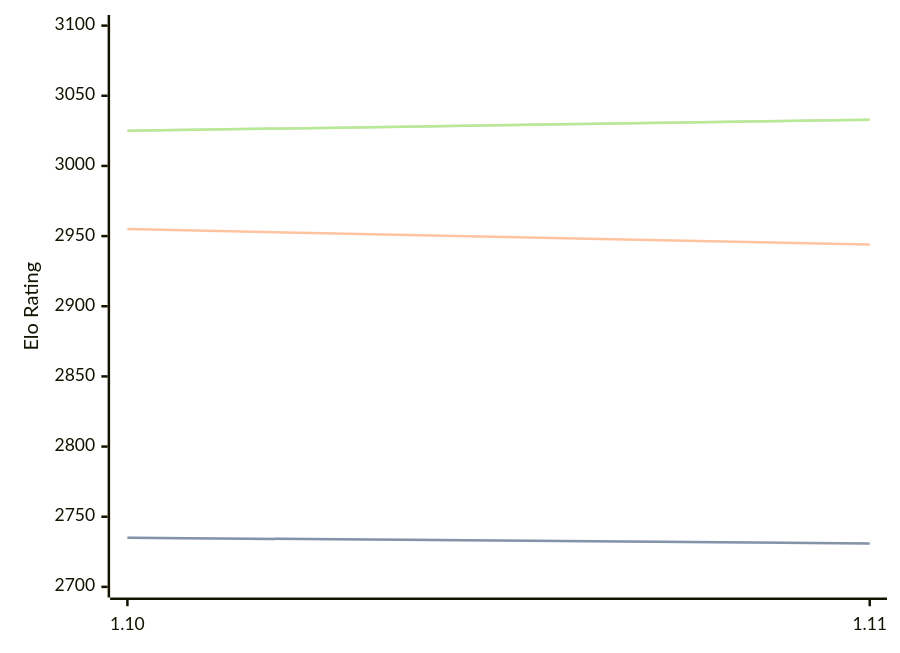
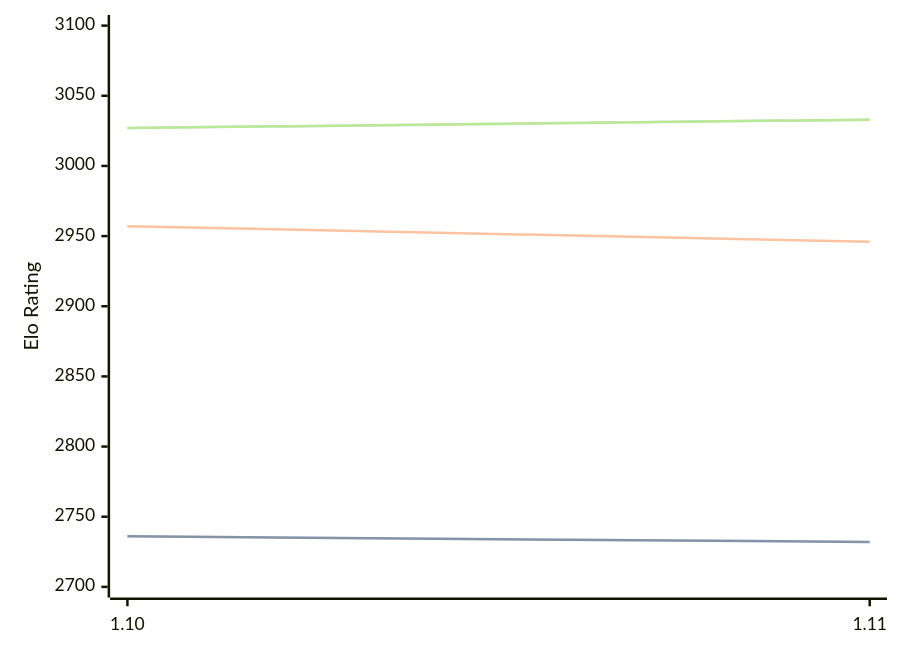
The diagram in engines/Roc.md (computer-chess-index/cci), drawn with Mermaid before and after one commit. The commit also changed other lines of this file, not shown here.

Commit message:
Update CCI Ratings (ELO VLTC) - 2026-08-26

````diff
--- a/engines/Roc.md
+++ b/engines/Roc.md
@@ -42,11 +42,11 @@
 ```mermaid
 %%{init: {"theme":"base","themeVariables":{"seriesColors:['#a3a3a3','#222221','#faa371']}}}%%
 xychart-beta
   x-axis ["1.10", "1.11"]
   y-axis "Elo Rating" 2700 --> 3100
-  line "STC (8.0+0.08s)" [2735, 2731]
-  line "STC (8.0+0.08s)" [2735, 2731]
-  line "LTC (60.0+0.60s)" [2955, 2944]
-  line "VLTC (2m24s+1.12s)" [3025, 3033]
-  line "VLTC (2m24s+1.12s)" [3025, 3033]
+  line "STC (8.0+0.08s)" [2736, 2732]
+  line "STC (8.0+0.08s)" [2736, 2732]
+  line "LTC (60.0+0.60s)" [2957, 2946]
+  line "VLTC (2m24s+1.12s)" [3027, 3033]
+  line "VLTC (2m24s+1.12s)" [3027, 3033]
 ```
````
